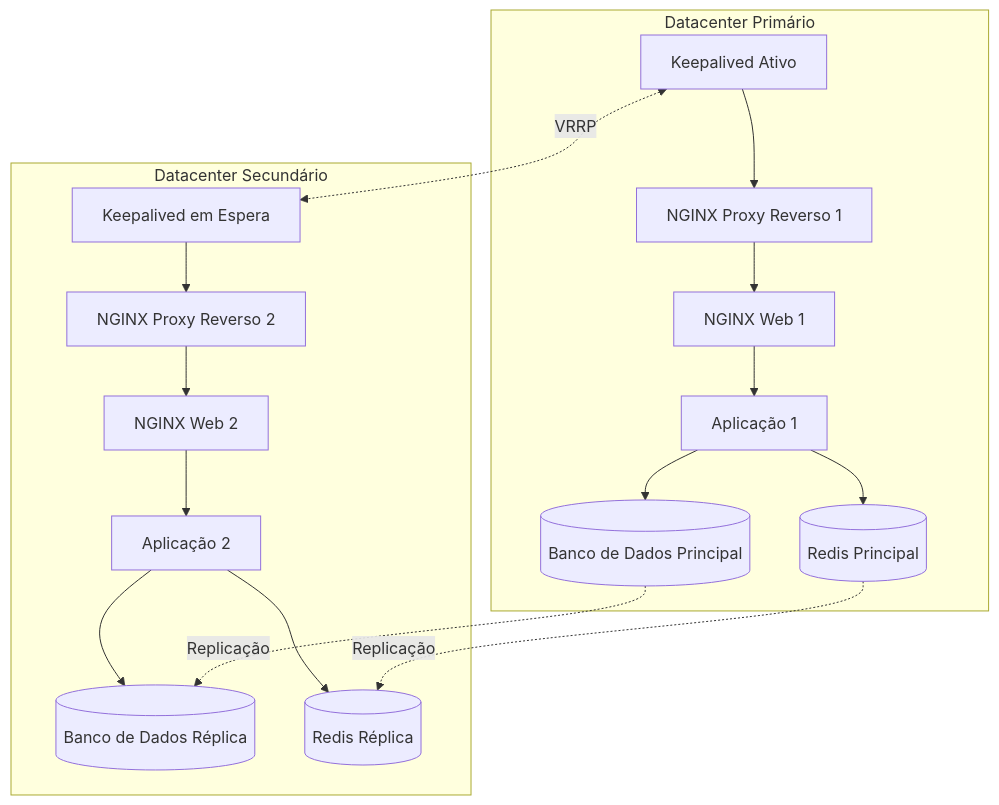
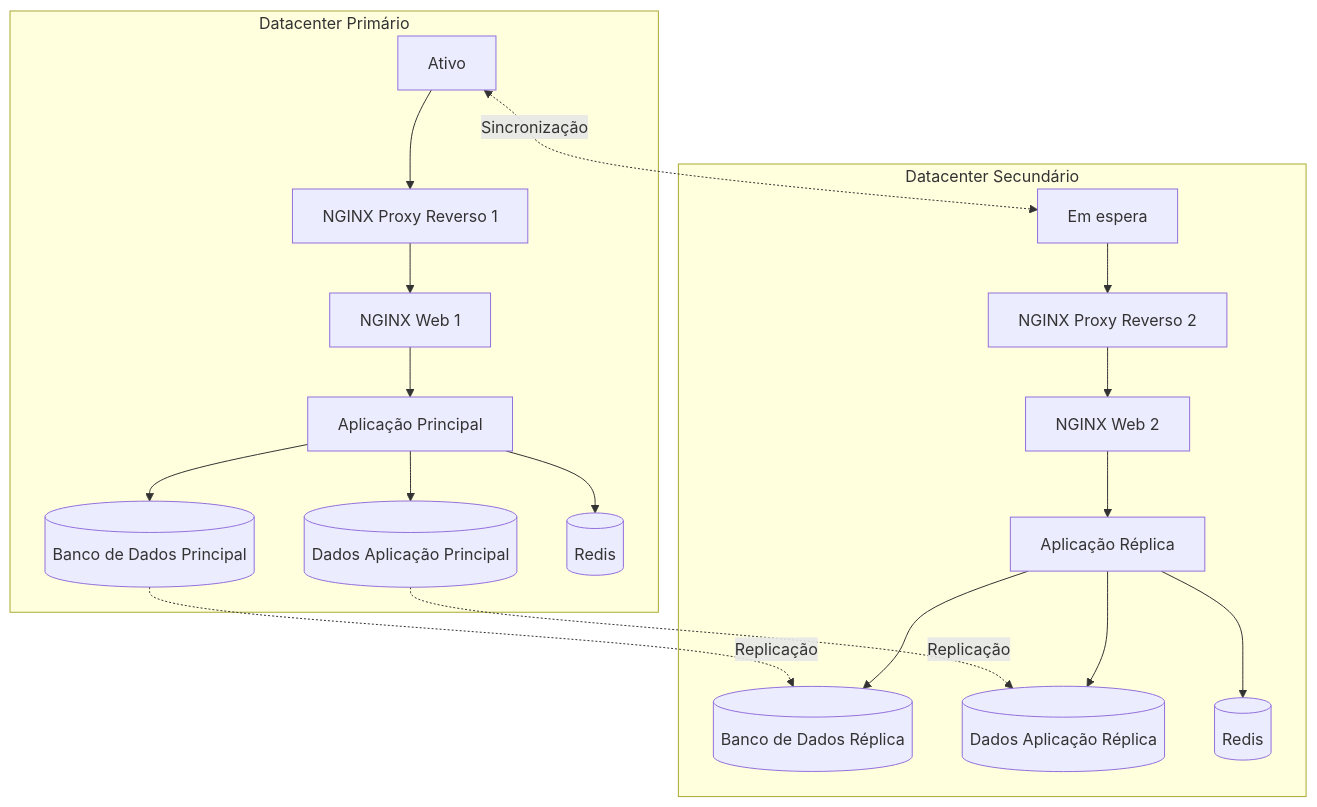
One commit to LibreCodeCoop/nextcloud-ha changed the diagram in assets/arq01.md. Above: the diagram before and after it, drawn with Mermaid.

Commit message:
Update arq01.md
Atualiza gráfico

````diff
--- a/assets/arq01.md
+++ b/assets/arq01.md
@@ -1,23 +1,25 @@
 ```mermaid
 flowchart TB
     subgraph DC1[Datacenter Primário]
-        LB1[Keepalived Ativo] --> NGINX_PROXY1[NGINX Proxy Reverso 1]
+        LB1[Ativo] --> NGINX_PROXY1[NGINX Proxy Reverso 1]
         NGINX_PROXY1 --> NGINX_WEB1[NGINX Web 1]
-        NGINX_WEB1 --> APP1[Aplicação 1]
+        NGINX_WEB1 --> APP1[Aplicação Principal]
         APP1 --> DB1[(Banco de Dados Principal)]
-        APP1 --> REDIS1[(Redis Principal)]
+        APP1 --> Replicação-Dados1[(Dados Aplicação Principal)]
+        APP1 --> REDIS1[(Redis)]
     end
 
     subgraph DC2[Datacenter Secundário]
-        LB2[Keepalived em Espera] --> NGINX_PROXY2[NGINX Proxy Reverso 2]
+        LB2[Em espera] --> NGINX_PROXY2[NGINX Proxy Reverso 2]
         NGINX_PROXY2 --> NGINX_WEB2[NGINX Web 2]
-        NGINX_WEB2 --> APP2[Aplicação 2]
+        NGINX_WEB2 --> APP2[Aplicação Réplica]
         APP2 --> DB2[(Banco de Dados Réplica)]
-        APP2 --> REDIS2[(Redis Réplica)]
+        APP2 --> Replicação-Dados2[(Dados Aplicação Réplica)]
+        APP2 --> REDIS2[(Redis)]
     end
 
     DB1 -.->|Replicação| DB2
-    REDIS1 -.->|Replicação| REDIS2
-    LB1 <-.->|VRRP| LB2
+    Replicação-Dados1 -.->|Replicação| Replicação-Dados2
+    LB1 <-.->|Sincronização| LB2
 
 ```
````
